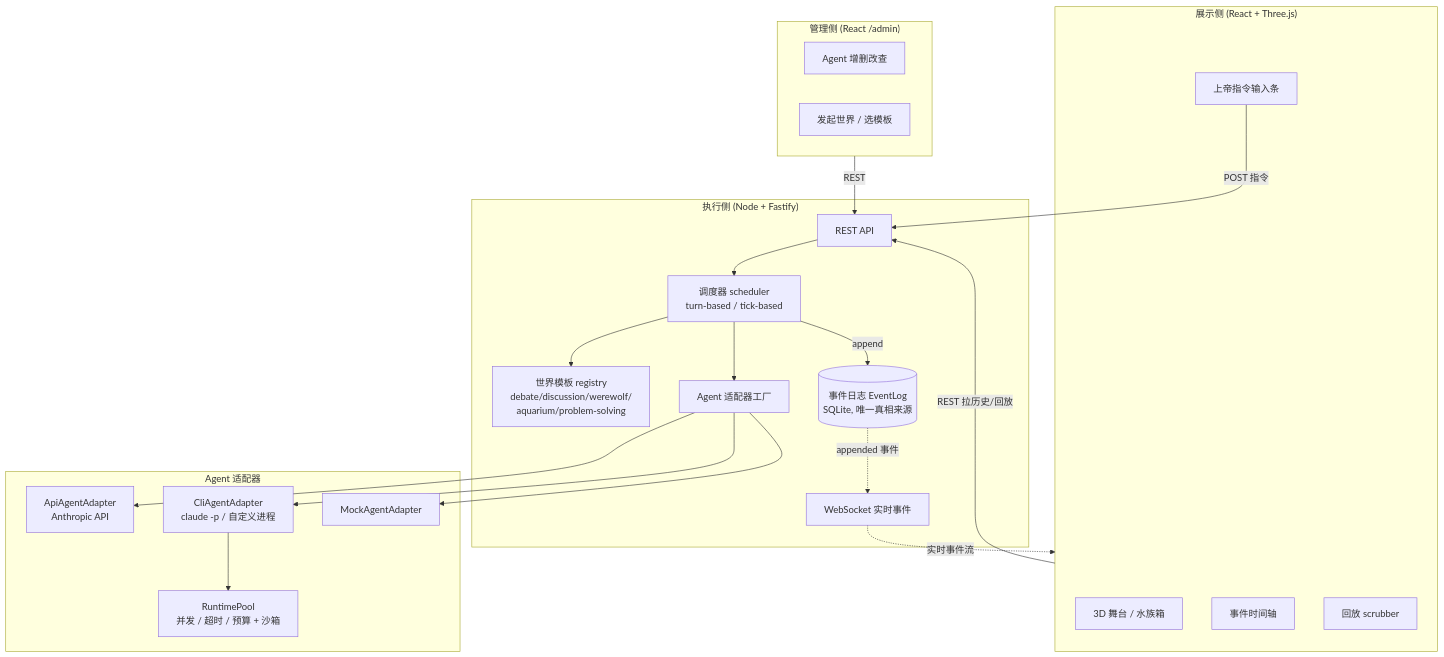
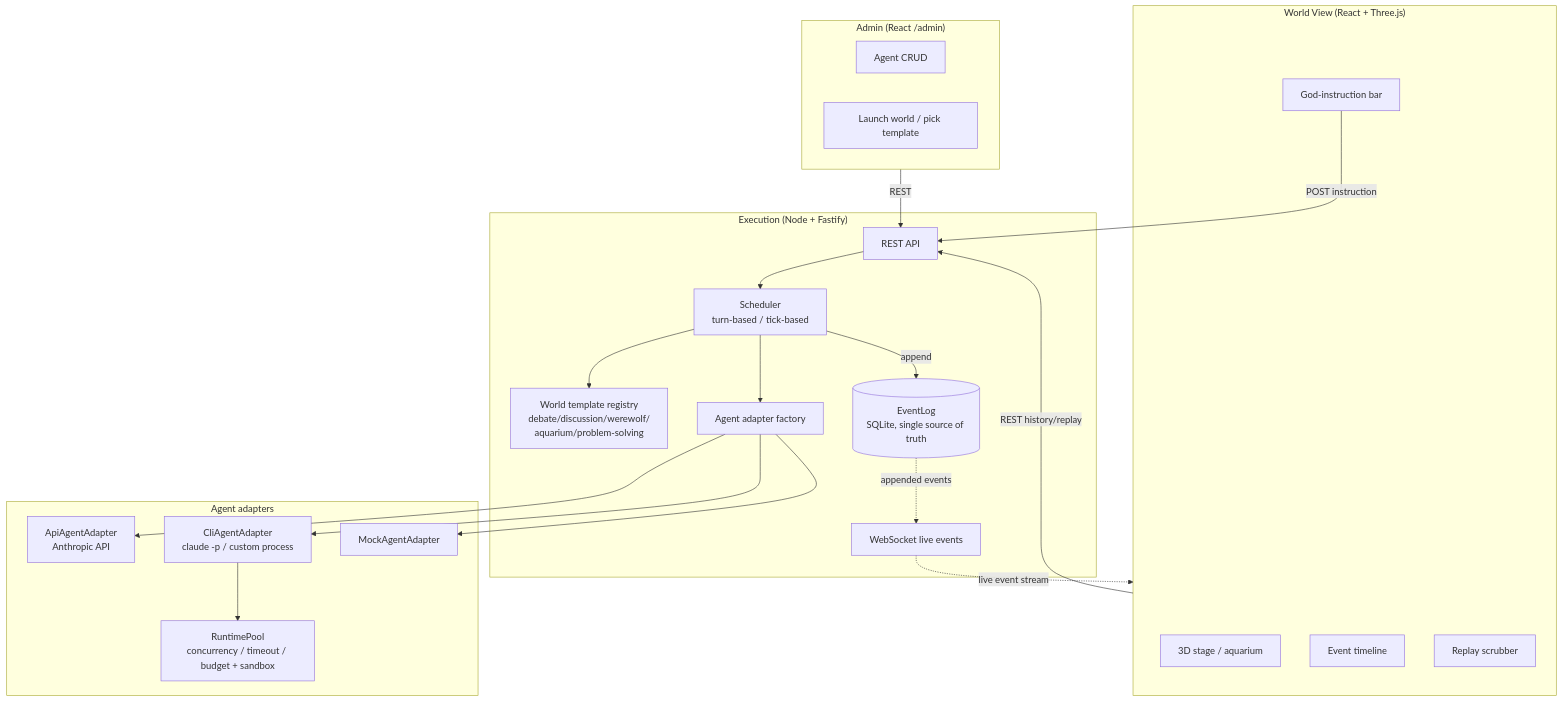
One commit to VmythV/agent-virtual-world changed the diagram in README.md. Above: the diagram before and after it, drawn with Mermaid. The commit also changed other lines of this file and 1 other file, not shown here.

````diff
--- a/README.md
+++ b/README.md
@@ -23,39 +25,39 @@
 ```mermaid
 flowchart TB
-    subgraph Admin["管理侧 (React /admin)"]
-        A1[Agent 增删改查]
-        A2[发起世界 / 选模板]
+    subgraph Admin["Admin (React /admin)"]
+        A1[Agent CRUD]
+        A2[Launch world / pick template]
     end
-    subgraph View["展示侧 (React + Three.js)"]
-        V1[3D 舞台 / 水族箱]
-        V2[事件时间轴]
-        V3[回放 scrubber]
-        V4[上帝指令输入条]
+    subgraph View["World View (React + Three.js)"]
+        V1[3D stage / aquarium]
+        V2[Event timeline]
+        V3[Replay scrubber]
+        V4[God-instruction bar]
     end
-    subgraph Server["执行侧 (Node + Fastify)"]
+    subgraph Server["Execution (Node + Fastify)"]
         S1[REST API]
-        S2[WebSocket 实时事件]
-        E[调度器 scheduler<br/>turn-based / tick-based]
-        T[世界模板 registry<br/>debate/discussion/werewolf/<br/>aquarium/problem-solving]
-        F[Agent 适配器工厂]
-        L[(事件日志 EventLog<br/>SQLite, 唯一真相来源)]
+        S2[WebSocket live events]
+        E[Scheduler<br/>turn-based / tick-based]
+        T[World template registry<br/>debate/discussion/werewolf/<br/>aquarium/problem-solving]
+        F[Agent adapter factory]
+        L[(EventLog<br/>SQLite, single source of truth)]
     end
-    subgraph Agents["Agent 适配器"]
+    subgraph Agents["Agent adapters"]
         AG1[ApiAgentAdapter<br/>Anthropic API]
-        AG2[CliAgentAdapter<br/>claude -p / 自定义进程]
+        AG2[CliAgentAdapter<br/>claude -p / custom process]
         AG3[MockAgentAdapter]
-        RP[RuntimePool<br/>并发 / 超时 / 预算 + 沙箱]
+        RP[RuntimePool<br/>concurrency / timeout / budget + sandbox]
     end
 
     Admin -->|REST| S1
-    View -->|REST 拉历史/回放| S1
-    S2 -.->|实时事件流| View
-    V4 -->|POST 指令| S1
+    View -->|REST history/replay| S1
+    S2 -.->|live event stream| View
+    V4 -->|POST instruction| S1
     S1 --> E
     E --> T
     E --> F
     F --> AG1 & AG2 & AG3
     AG2 --> RP
     E -->|append| L
-    L -.->|appended 事件| S2
+    L -.->|appended events| S2
 ```
````
